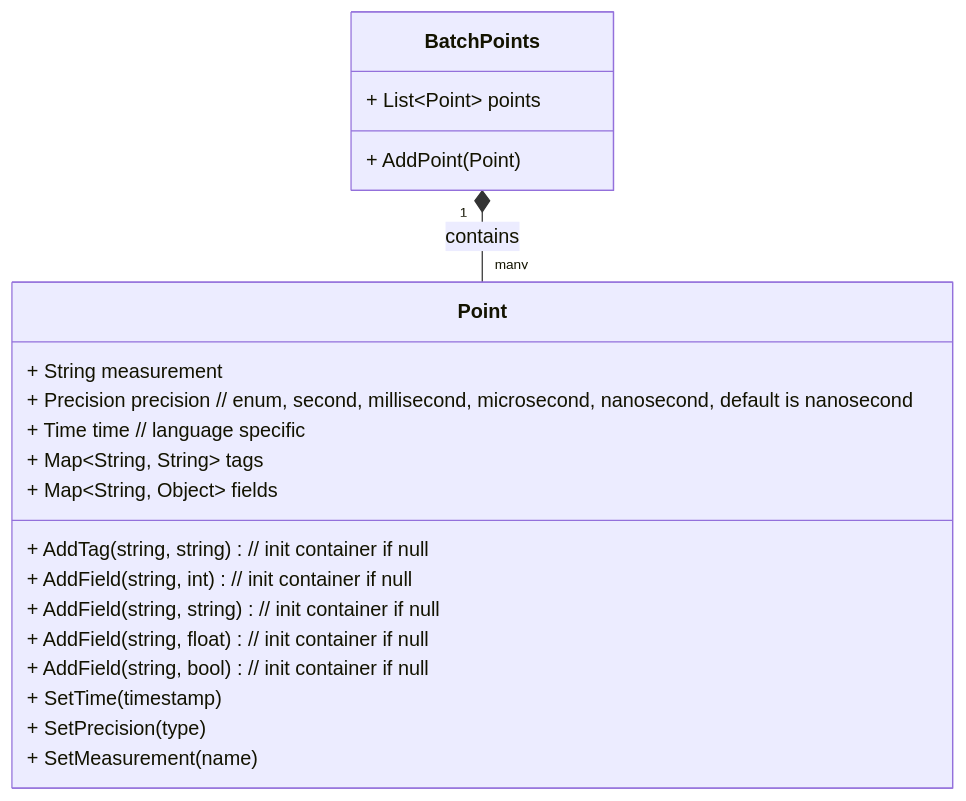
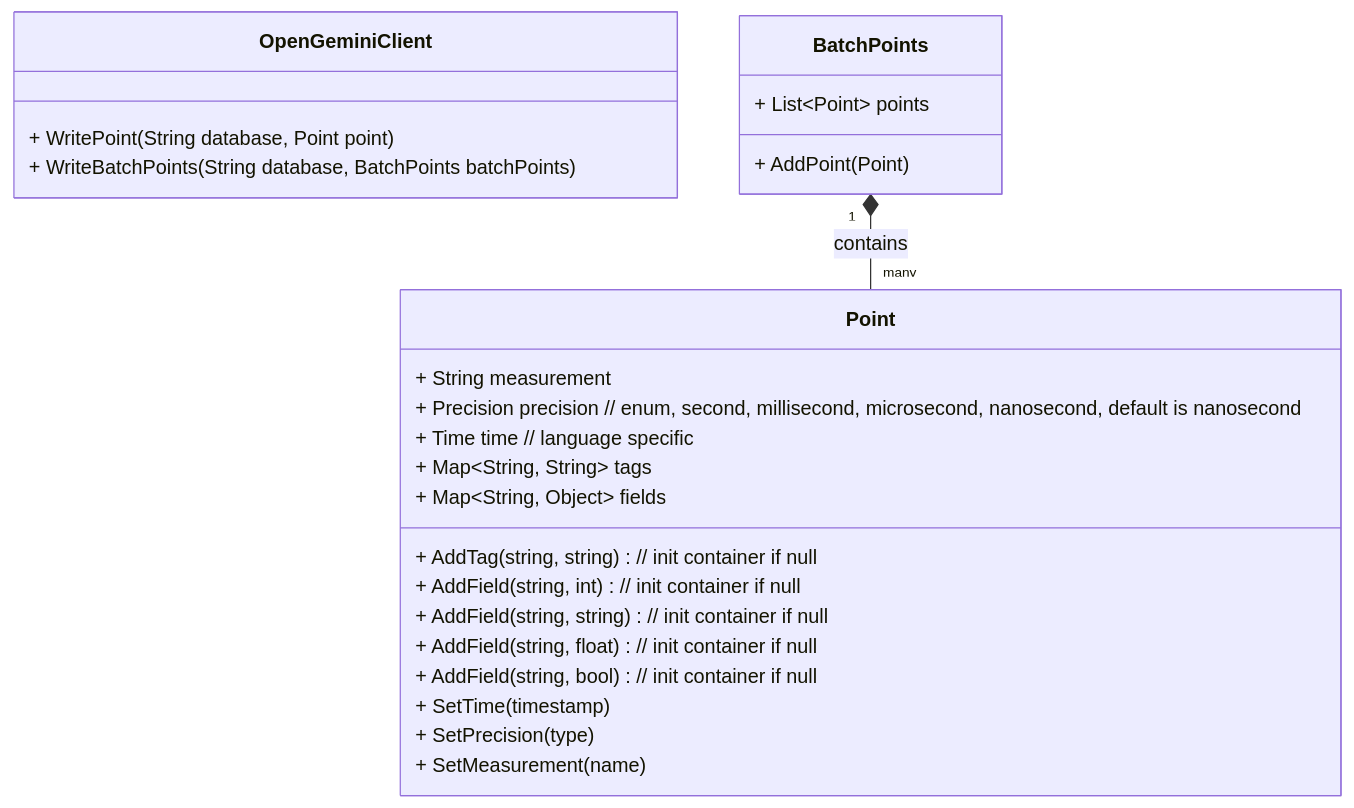
One commit to hezhangjian/hezhangjian.github.io changed the third of 8 diagrams in source/_posts/opengemini/opengemini-sdk-design.md. Above: the diagram before and after it, drawn with Mermaid. The commit also changed other lines of this file and 10 other files, not shown here.

````diff
--- a/source/_posts/opengemini/opengemini-sdk-design.md
+++ b/source/_posts/opengemini/opengemini-sdk-design.md
@@ -62,25 +76,29 @@
 ```mermaid
 classDiagram
+    class OpenGeminiClient {
+        + WritePoint(String database, Point point)
+        + WriteBatchPoints(String database, BatchPoints batchPoints)
+    }
     class BatchPoints {
         + List~Point~ points
         + AddPoint(Point)
     }
     
     class Point {
         + String measurement
         + Precision precision // enum, second, millisecond, microsecond, nanosecond, default is nanosecond
         + Time time // language specific
         + Map~String, String~ tags
         + Map~String, Object~ fields
         + AddTag(string, string) // init container if null
         + AddField(string, int) // init container if null
         + AddField(string, string) // init container if null
         + AddField(string, float) // init container if null
         + AddField(string, bool) // init container if null
         + SetTime(timestamp)
         + SetPrecision(type)
         + SetMeasurement(name)
     }
 
     BatchPoints "1" *-- "many" Point : contains
 ```
````
